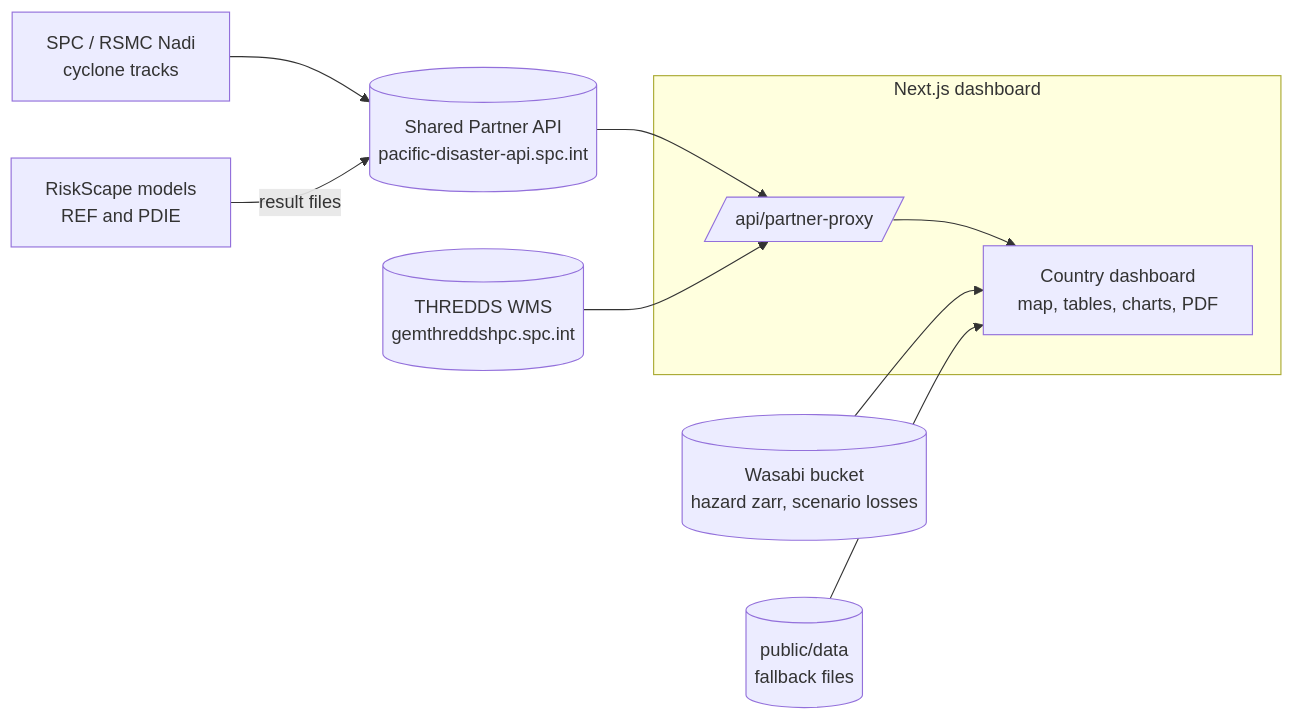
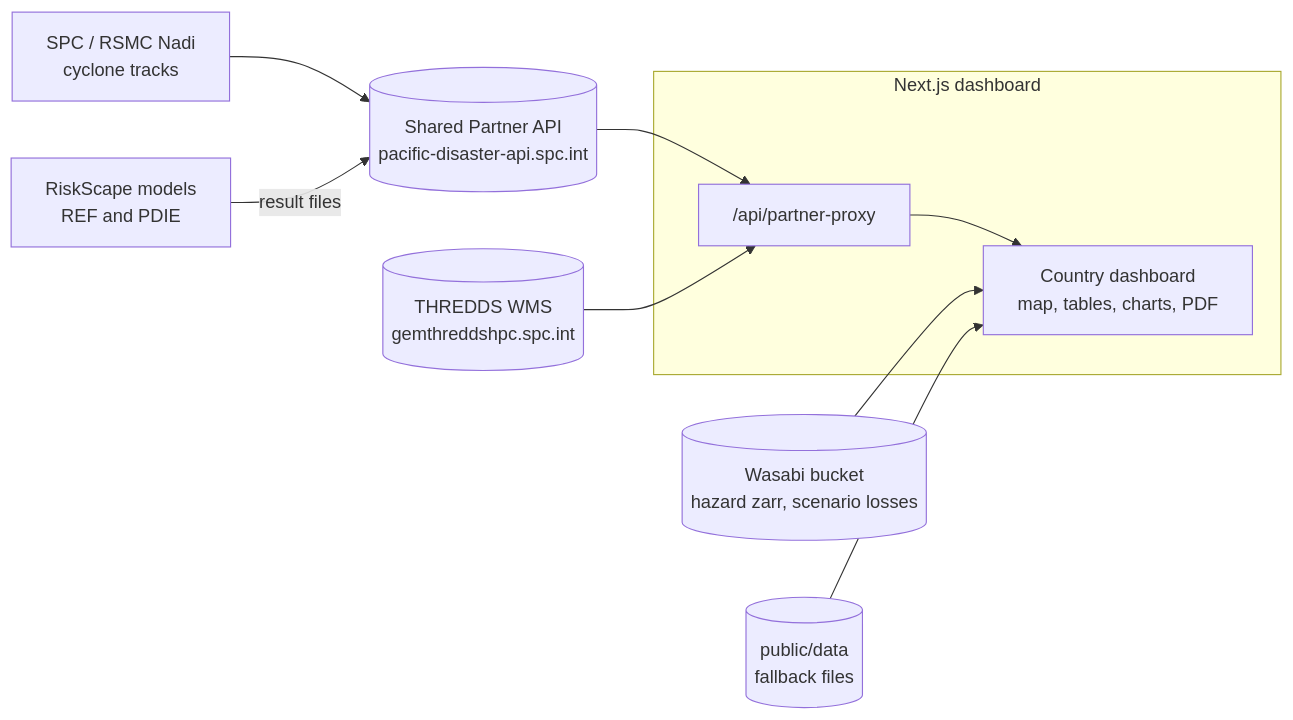
The diagram in docs/wiki/Home.md (kishkumar96/Partner2), drawn with Mermaid before and after one commit. The commit also changed 1 other file, not shown here.

Commit message:
docs(wiki): quote diagram labels that start with a slash, which GitHub's mermaid cannot parse

````diff
--- a/docs/wiki/Home.md
+++ b/docs/wiki/Home.md
@@ -27,15 +27,15 @@
 ```mermaid
 flowchart LR
   SPC[SPC / RSMC Nadi<br/>cyclone tracks] --> API
   RS[RiskScape models<br/>REF and PDIE] -->|result files| API
   API[(Shared Partner API<br/>pacific-disaster-api.spc.int)]
   THREDDS[(THREDDS WMS<br/>gemthreddshpc.spc.int)]
   WASABI[(Wasabi bucket<br/>hazard zarr, scenario losses)]
   subgraph Dashboard [Next.js dashboard]
-    PROXY[/api/partner-proxy/] --> UI[Country dashboard<br/>map, tables, charts, PDF]
+    PROXY["/api/partner-proxy"] --> UI[Country dashboard<br/>map, tables, charts, PDF]
   end
   API --> PROXY
   THREDDS --> PROXY
   WASABI --> UI
   LOCAL[(public/data<br/>fallback files)] --> UI
 ```
````
